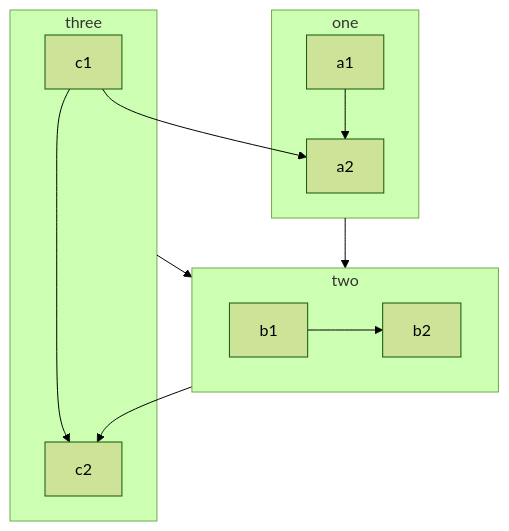
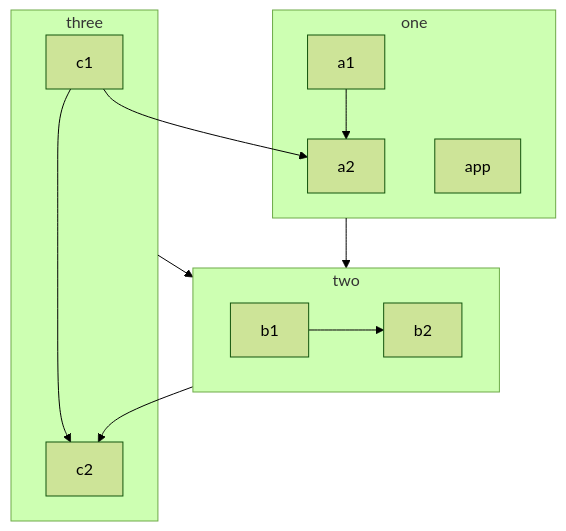
One commit to dnulnets/greenhouse changed the diagram in doc/README.md. Above: the diagram before and after it, drawn with Mermaid (forest theme).

Commit message:
Updated zigbee model

````diff
--- a/doc/README.md
+++ b/doc/README.md
@@ -5,17 +5,18 @@
 ```mermaid
 flowchart TB
     c1-->a2
     subgraph one
     a1-->a2
+    app
     end
     subgraph two
     b1-->b2
     end
     subgraph three
     c1-->c2
     end
     one --> two
     three --> two
     two --> c2
 
 ```
````
